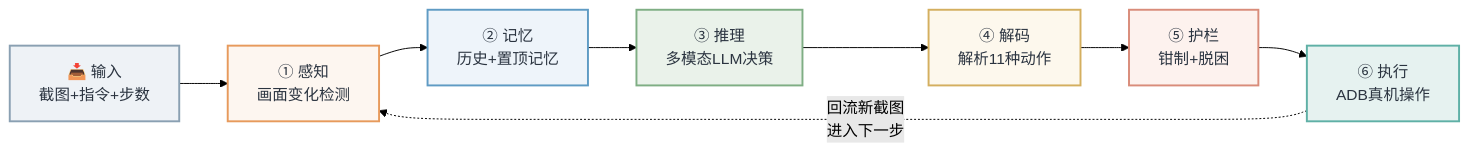
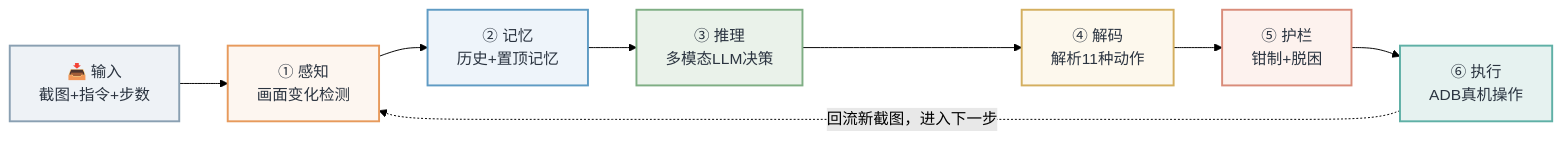
The first of 3 diagrams in README.md (UAVLLMs/GUI-Agent), drawn with Mermaid (forest theme) before and after one commit. The commit also changed other lines of this file, not shown here.

Commit message:
fix: 修复 README Mermaid 流程图渲染问题（边标签改用 pipe 语法）

````diff
--- a/README.md
+++ b/README.md
@@ -110,21 +110,21 @@
 ```mermaid
 flowchart LR
     IN["📥 输入<br/>截图+指令+步数"]:::input
     P1["① 感知<br/>画面变化检测"]:::s1
     P2["② 记忆<br/>历史+置顶记忆"]:::s2
     P3["③ 推理<br/>多模态LLM决策"]:::s3
     P4["④ 解码<br/>解析11种动作"]:::s4
     P5["⑤ 护栏<br/>钳制+脱困"]:::s5
     P6["⑥ 执行<br/>ADB真机操作"]:::s6
 
     IN --> P1 --> P2 --> P3 --> P4 --> P5 --> P6
-    P6 -. "回流新截图<br/>进入下一步" .-> P1
+    P6 -.->|回流新截图，进入下一步| P1
 
     classDef input fill:#eef2f6,stroke:#8aa0b2,color:#2b3440,stroke-width:2px
     classDef s1 fill:#fdf6f0,stroke:#e79a5c,color:#2b3440,stroke-width:2px
     classDef s2 fill:#eef4fa,stroke:#5f9bc4,color:#2b3440,stroke-width:2px
     classDef s3 fill:#eaf2ea,stroke:#7fae84,color:#2b3440,stroke-width:2px
     classDef s4 fill:#fdf8ed,stroke:#d4af5f,color:#2b3440,stroke-width:2px
     classDef s5 fill:#fdf2ee,stroke:#d98c7a,color:#2b3440,stroke-width:2px
     classDef s6 fill:#e6f2f0,stroke:#5fb0a6,color:#2b3440,stroke-width:2px
 ```
````
